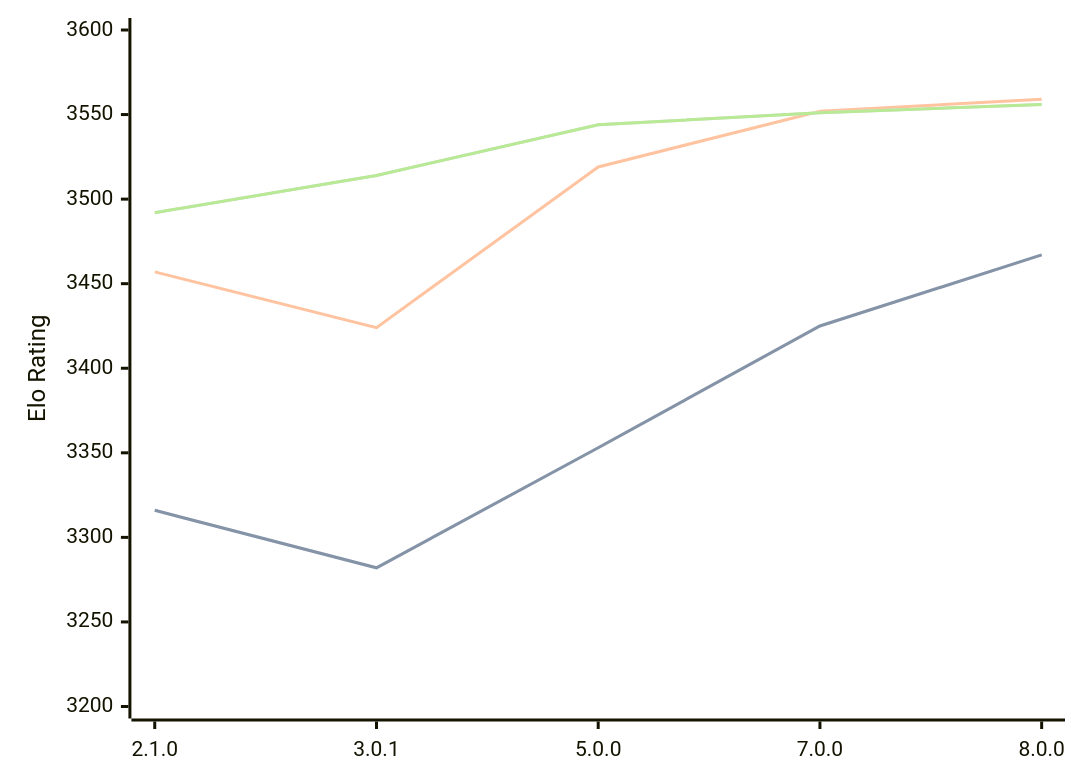
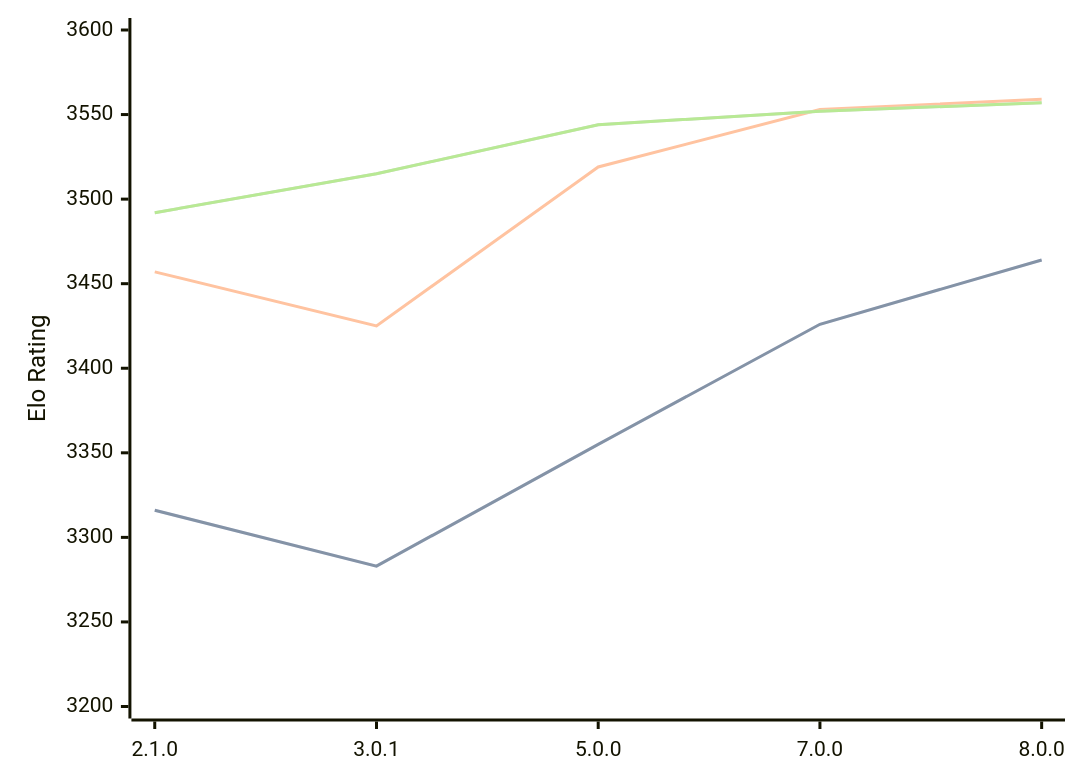
Before and after one commit to computer-chess-index/cci: the third of 3 diagrams in engines/PlentyChess.md, drawn with Mermaid. The commit also changed other lines of this file, not shown here.

Commit message:
Update CCI Ratings (ELO VLTC) - 2026-07-12

````diff
--- a/engines/PlentyChess.md
+++ b/engines/PlentyChess.md
@@ -79,11 +79,11 @@
 ```mermaid
 %%{init: {"theme":"base","themeVariables":{"seriesColors:['#a3a3a3','#222221','#faa371']}}}%%
 xychart-beta
   x-axis ["2.1.0", "3.0.1", "5.0.0", "7.0.0", "8.0.0"]
   y-axis "Elo Rating" 3200 --> 3600
-  line "STC (8.0+0.08s)" [3316, 3282, 3353, 3425, 3467]
-  line "STC (8.0+0.08s)" [3316, 3282, 3353, 3425, 3467]
-  line "LTC (60.0+0.60s)" [3457, 3424, 3519, 3552, 3559]
-  line "VLTC (2m24s+1.12s)" [3492, 3514, 3544, 3551, 3556]
-  line "VLTC (2m24s+1.12s)" [3492, 3514, 3544, 3551, 3556]
+  line "STC (8.0+0.08s)" [3316, 3283, 3355, 3426, 3464]
+  line "STC (8.0+0.08s)" [3316, 3283, 3355, 3426, 3464]
+  line "LTC (60.0+0.60s)" [3457, 3425, 3519, 3553, 3559]
+  line "VLTC (2m24s+1.12s)" [3492, 3515, 3544, 3552, 3557]
+  line "VLTC (2m24s+1.12s)" [3492, 3515, 3544, 3552, 3557]
 ```
````
